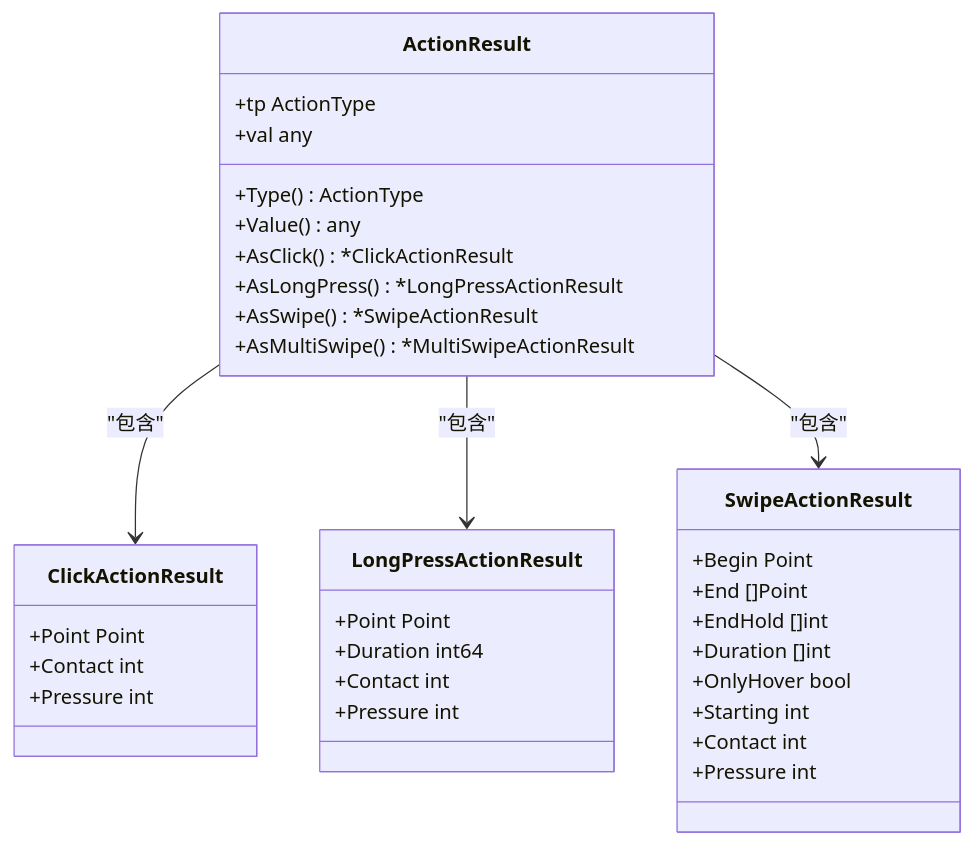
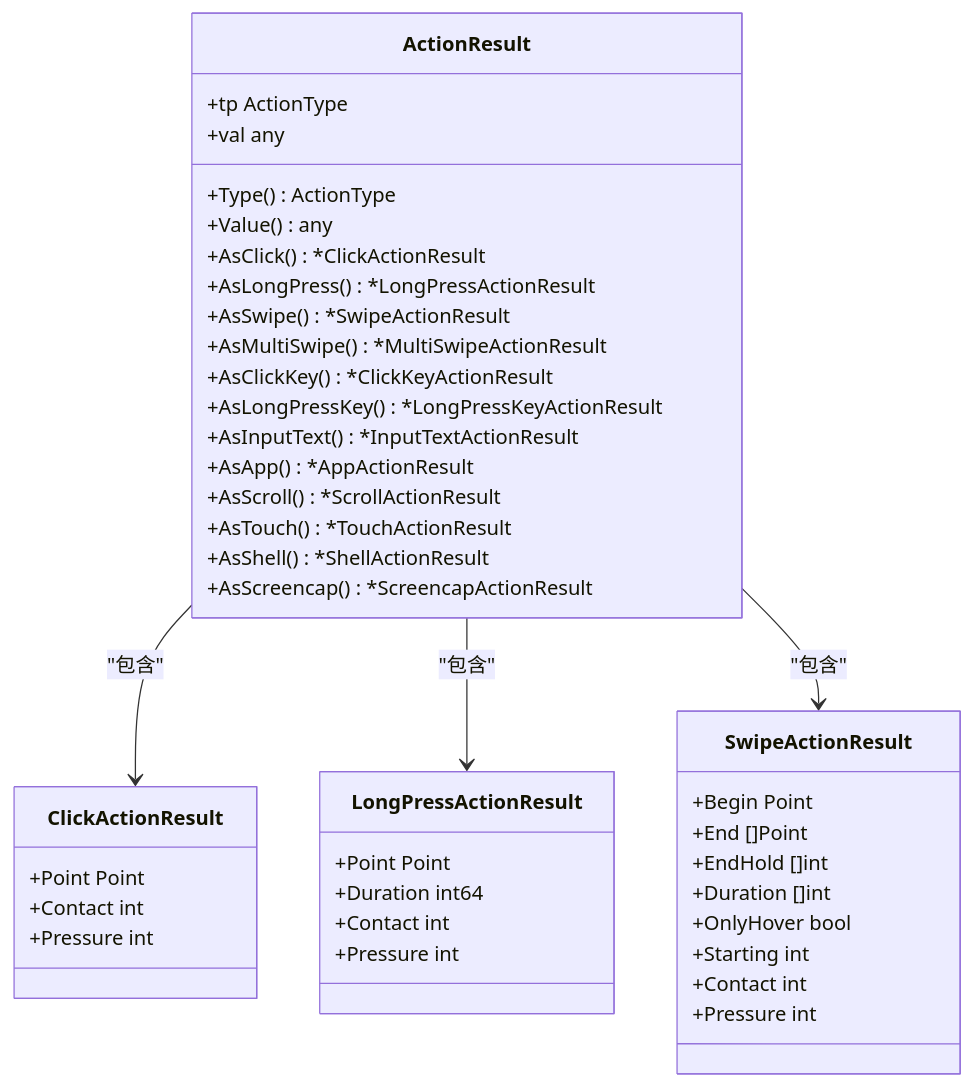
The eighth of 8 diagrams in instructions/maafw-golang-binding/高级功能/流水线配置/节点结构详解/动作配置详解/动作配置详解.md (kqcoxn/MaaPipelineEditor), drawn with Mermaid before and after one commit. The commit also changed other lines of this file and 9 other files, not shown here.

````diff
--- a/instructions/maafw-golang-binding/高级功能/流水线配置/节点结构详解/动作配置详解/动作配置详解.md
+++ b/instructions/maafw-golang-binding/高级功能/流水线配置/节点结构详解/动作配置详解/动作配置详解.md
@@ -375,37 +370,45 @@
 ```mermaid
 classDiagram
 class ActionResult {
 +tp ActionType
 +val any
 +Type() ActionType
 +Value() any
 +AsClick() *ClickActionResult
 +AsLongPress() *LongPressActionResult
 +AsSwipe() *SwipeActionResult
 +AsMultiSwipe() *MultiSwipeActionResult
++AsClickKey() *ClickKeyActionResult
++AsLongPressKey() *LongPressKeyActionResult
++AsInputText() *InputTextActionResult
++AsApp() *AppActionResult
++AsScroll() *ScrollActionResult
++AsTouch() *TouchActionResult
++AsShell() *ShellActionResult
++AsScreencap() *ScreencapActionResult
 }
 class ClickActionResult {
 +Point Point
 +Contact int
 +Pressure int
 }
 class LongPressActionResult {
 +Point Point
 +Duration int64
 +Contact int
 +Pressure int
 }
 class SwipeActionResult {
 +Begin Point
 +End []Point
 +EndHold []int
 +Duration []int
 +OnlyHover bool
 +Starting int
 +Contact int
 +Pressure int
 }
 ActionResult --> ClickActionResult : "包含"
 ActionResult --> LongPressActionResult : "包含"
 ActionResult --> SwipeActionResult : "包含"
 ```
````
